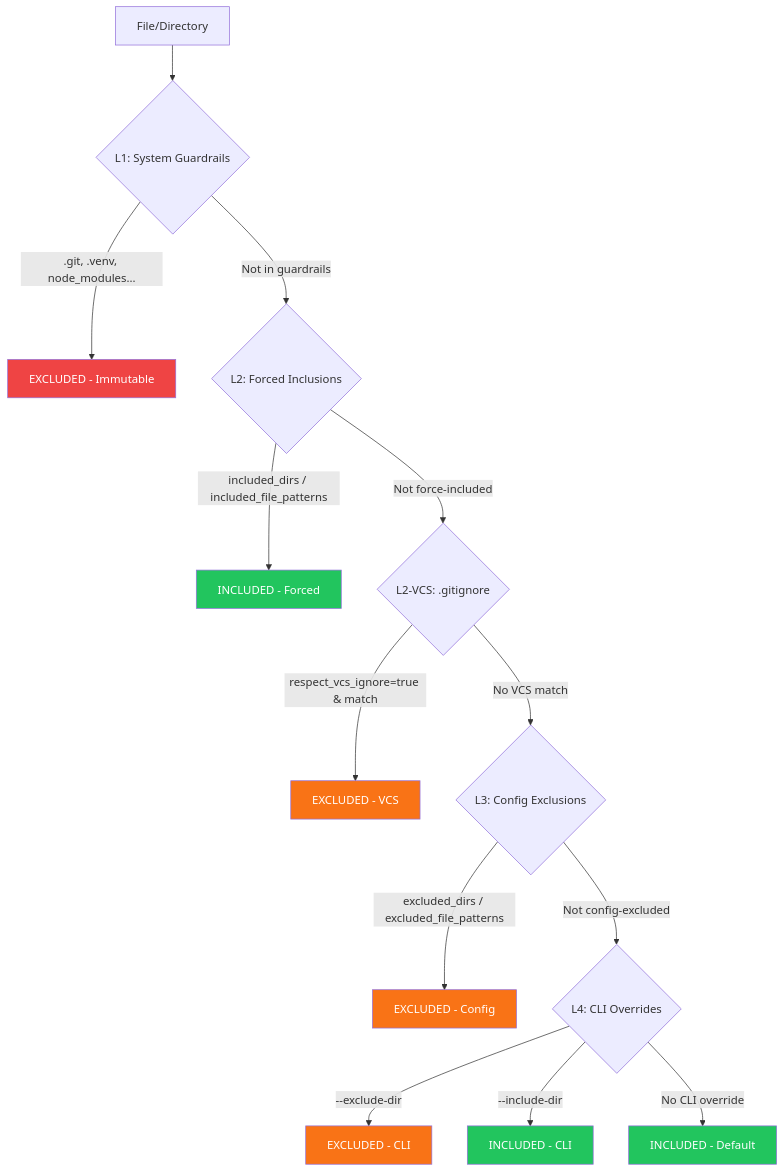
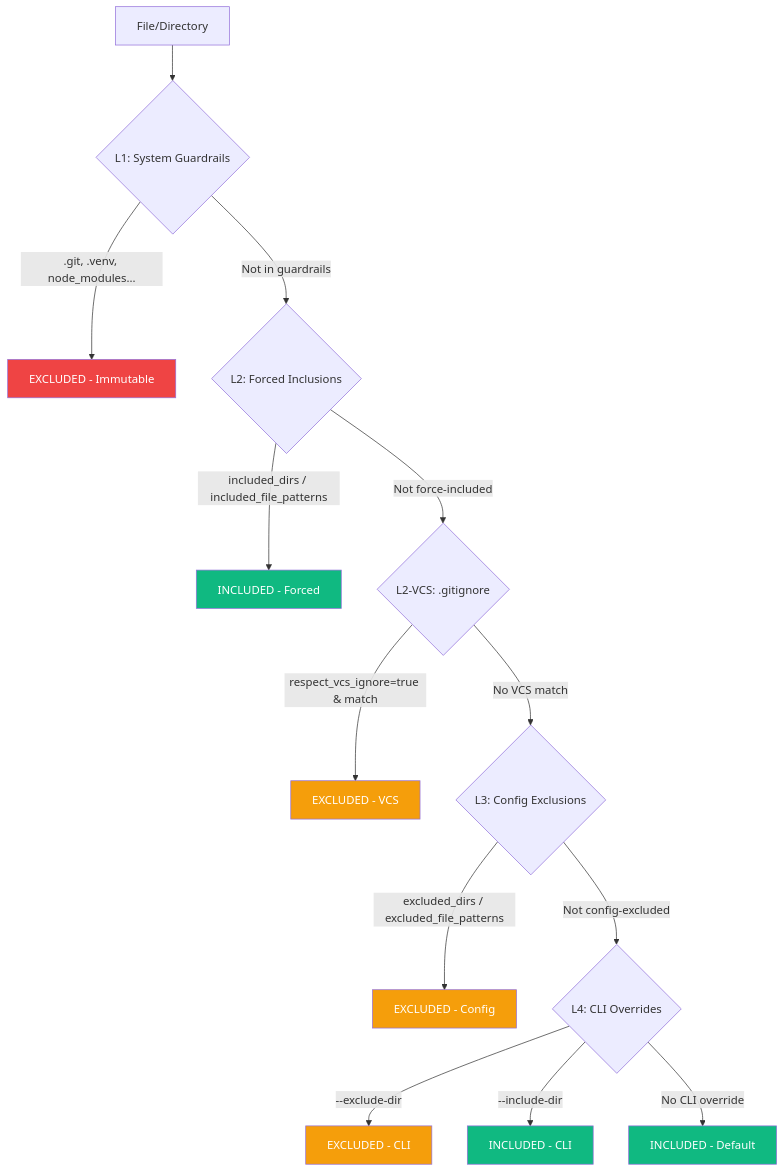
One commit to PythonWoods/zenzic-doc changed the diagram in docs/explanation/discovery.mdx. Above: the diagram before and after it, drawn with Mermaid. The commit also changed other lines of this file and 268 other files, not shown here.

````diff
--- a/docs/explanation/discovery.mdx
+++ b/docs/explanation/discovery.mdx
@@ -41,23 +106,23 @@
 ```mermaid
 flowchart TD
     FILE[File/Directory] --> L1{L1: System Guardrails}
     L1 -->|".git, .venv, node_modules..."| EXCLUDED_L1[EXCLUDED - Immutable]
     L1 -->|Not in guardrails| L2{L2: Forced Inclusions}
     L2 -->|"included_dirs / included_file_patterns"| INCLUDED_L2[INCLUDED - Forced]
     L2 -->|Not force-included| L2VCS{L2-VCS: .gitignore}
     L2VCS -->|"respect_vcs_ignore=true & match"| EXCLUDED_VCS[EXCLUDED - VCS]
     L2VCS -->|No VCS match| L3{L3: Config Exclusions}
     L3 -->|"excluded_dirs / excluded_file_patterns"| EXCLUDED_L3[EXCLUDED - Config]
     L3 -->|Not config-excluded| L4{L4: CLI Overrides}
     L4 -->|"--exclude-dir"| EXCLUDED_L4[EXCLUDED - CLI]
     L4 -->|"--include-dir"| INCLUDED_L4[INCLUDED - CLI]
     L4 -->|No CLI override| INCLUDED[INCLUDED - Default]
 
     style EXCLUDED_L1 fill:#ef4444,color:#fff
-    style EXCLUDED_VCS fill:#f97316,color:#fff
-    style EXCLUDED_L3 fill:#f97316,color:#fff
-    style EXCLUDED_L4 fill:#f97316,color:#fff
-    style INCLUDED_L2 fill:#22c55e,color:#fff
-    style INCLUDED_L4 fill:#22c55e,color:#fff
-    style INCLUDED fill:#22c55e,color:#fff
+    style EXCLUDED_VCS fill:#f59e0b,color:#fff
+    style EXCLUDED_L3 fill:#f59e0b,color:#fff
+    style EXCLUDED_L4 fill:#f59e0b,color:#fff
+    style INCLUDED_L2 fill:#10b981,color:#fff
+    style INCLUDED_L4 fill:#10b981,color:#fff
+    style INCLUDED fill:#10b981,color:#fff
 ```
````
